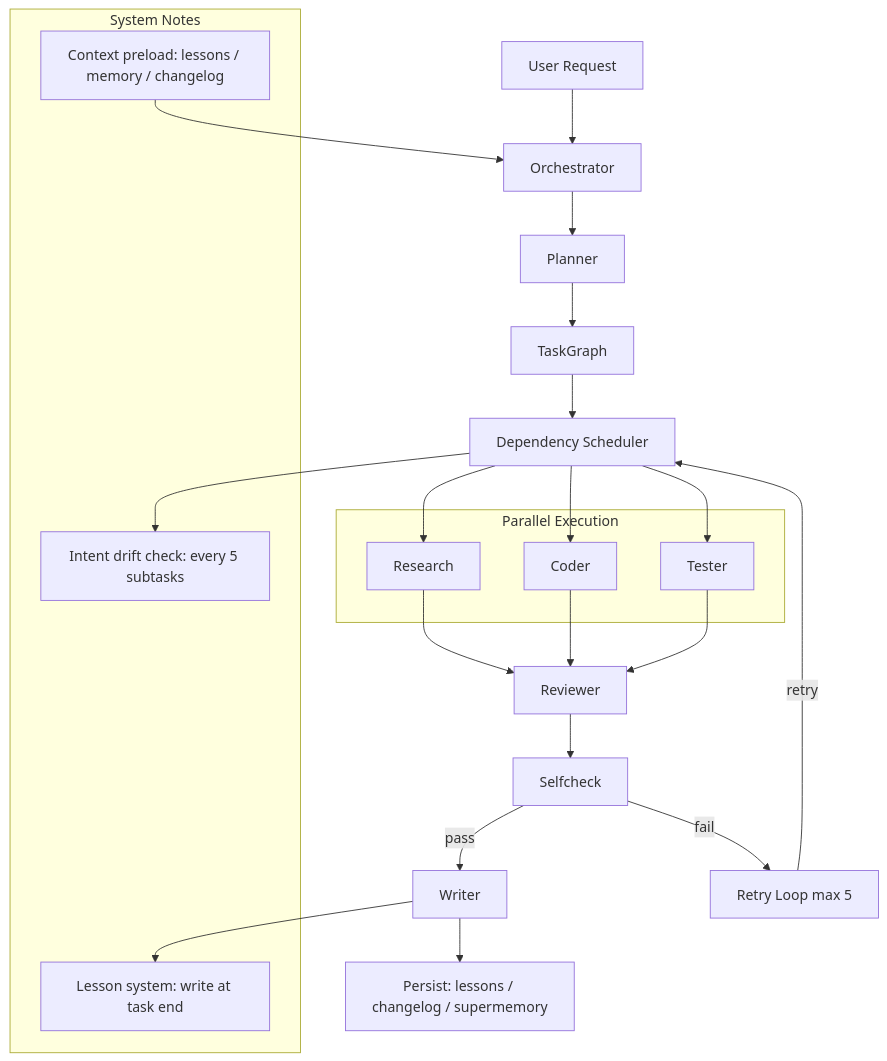
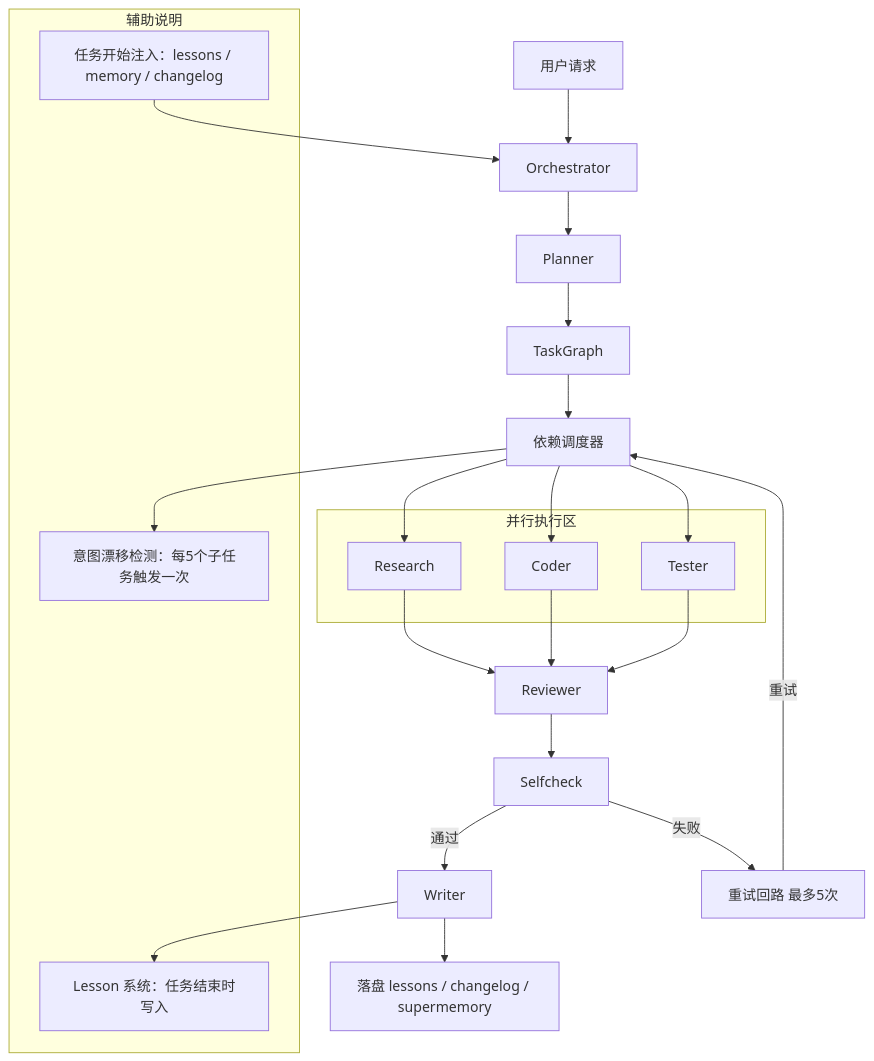
One commit to Wholiver/codemate changed the diagram in README.en.md. Above: the diagram before and after it, drawn with Mermaid. The commit also changed other lines of this file and 1 other file, not shown here.

Commit message:
docs: swap README default and English variants

````diff
--- a/README.en.md
+++ b/README.en.md
@@ -82,38 +82,38 @@
 ```mermaid
 flowchart TD
-  request[User Request] --> orchestrator[Orchestrator]
+  request[用户请求] --> orchestrator[Orchestrator]
   orchestrator --> planner[Planner]
   planner --> task_graph[TaskGraph]
-  task_graph --> scheduler[Dependency Scheduler]
+  task_graph --> scheduler[依赖调度器]
 
-  subgraph parallel[Parallel Execution]
+  subgraph parallel[并行执行区]
     research[Research]
     coder[Coder]
     tester[Tester]
   end
 
   scheduler --> research
   scheduler --> coder
   scheduler --> tester
 
   research --> reviewer[Reviewer]
   coder --> reviewer
   tester --> reviewer
 
   reviewer --> selfcheck[Selfcheck]
-  selfcheck -->|pass| writer[Writer]
-  selfcheck -->|fail| retry_loop[Retry Loop max 5]
-  retry_loop -->|retry| scheduler
+  selfcheck -->|通过| writer[Writer]
+  selfcheck -->|失败| retry_loop[重试回路 最多5次]
+  retry_loop -->|重试| scheduler
 
-  writer --> persistence[Persist: lessons / changelog / supermemory]
+  writer --> persistence[落盘 lessons / changelog / supermemory]
 
-  subgraph notes[System Notes]
-    preload_note[Context preload: lessons / memory / changelog]
-    write_note[Lesson system: write at task end]
-    drift_note[Intent drift check: every 5 subtasks]
+  subgraph notes[辅助说明]
+    preload_note[任务开始注入：lessons / memory / changelog]
+    write_note[Lesson 系统：任务结束时写入]
+    drift_note[意图漂移检测：每5个子任务触发一次]
   end
 
   preload_note --> orchestrator
   writer --> write_note
   scheduler --> drift_note
 ```
````
